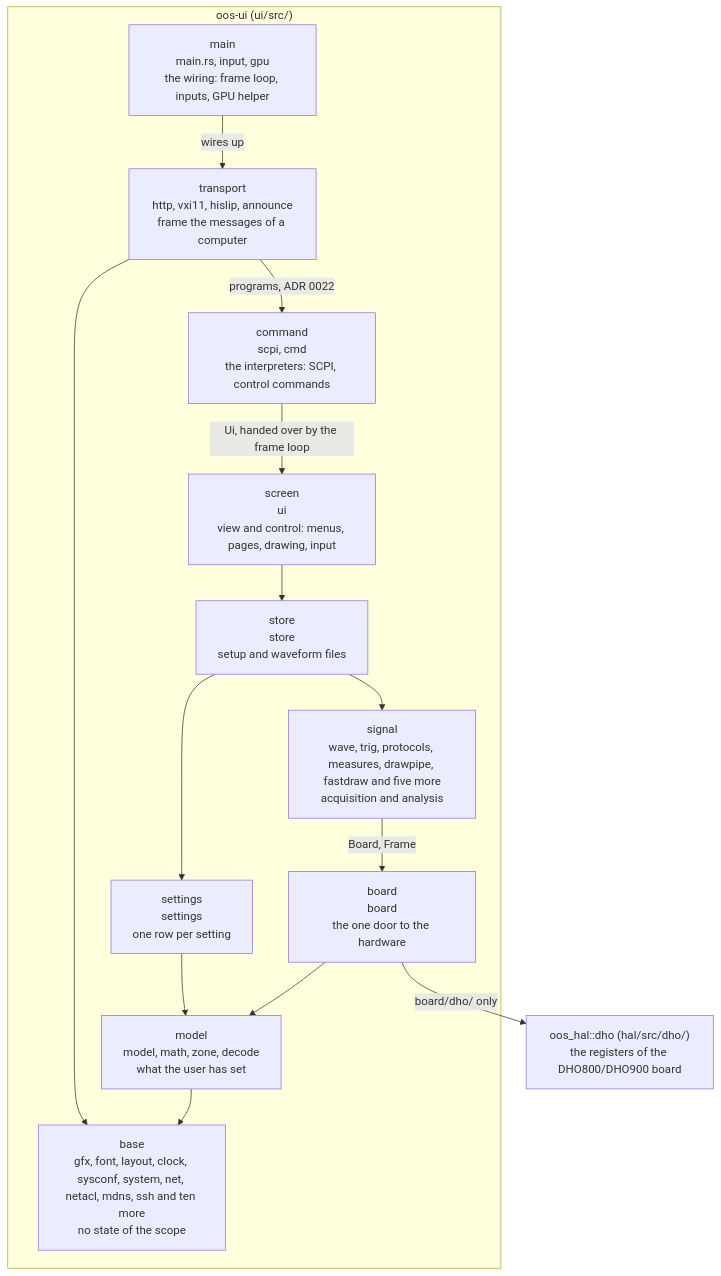
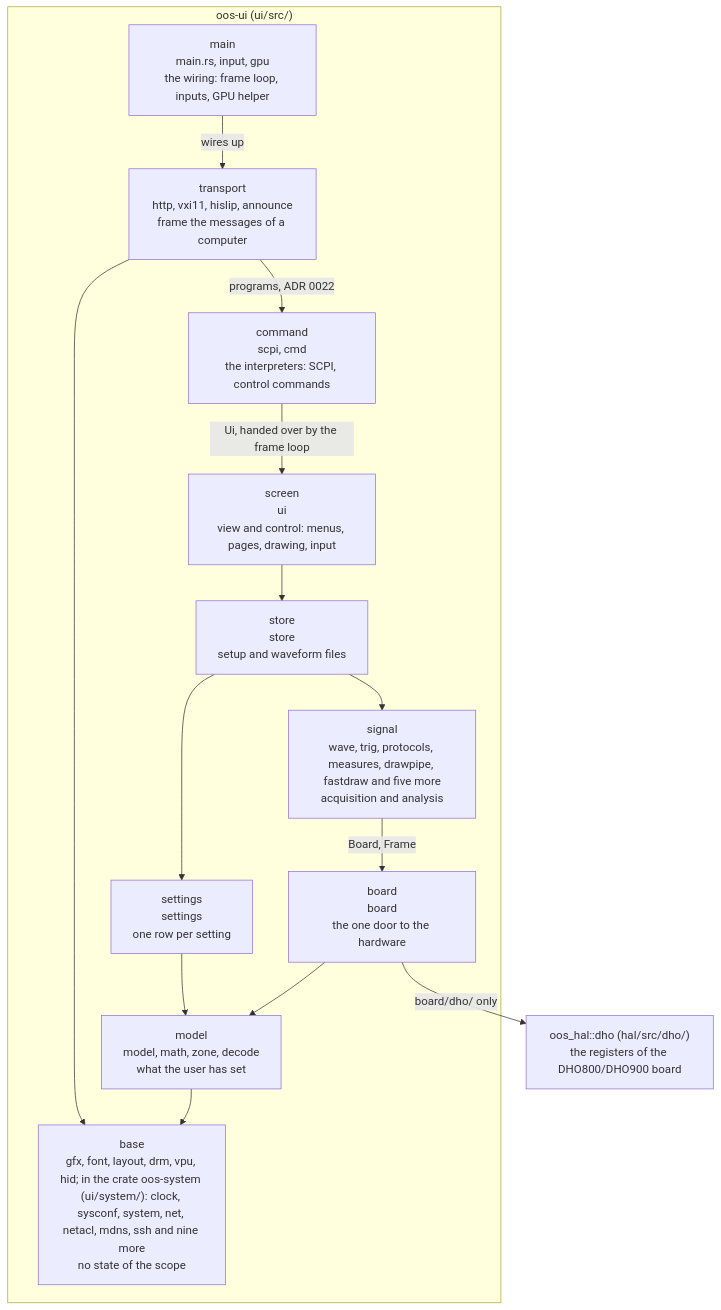
The fourth of 4 diagrams in docs/architecture.md (deckerjulian/oos), drawn with Mermaid before and after one commit. The commit also changed other lines of this file and 47 other files, not shown here.

````diff
--- a/docs/architecture.md
+++ b/docs/architecture.md
@@ -205,28 +215,28 @@
 ```mermaid
 flowchart TB
     subgraph uiL["oos-ui (ui/src/)"]
         main["main<br/>main.rs, input, gpu<br/>the wiring: frame loop, inputs, GPU helper"]
         transport["transport<br/>http, vxi11, hislip, announce<br/>frame the messages of a computer"]
         command["command<br/>scpi, cmd<br/>the interpreters: SCPI, control commands"]
         screen["screen<br/>ui<br/>view and control: menus, pages, drawing, input"]
         store["store<br/>store<br/>setup and waveform files"]
         signal["signal<br/>wave, trig, protocols, measures, drawpipe, fastdraw and five more<br/>acquisition and analysis"]
         settings["settings<br/>settings<br/>one row per setting"]
         board["board<br/>board<br/>the one door to the hardware"]
         model["model<br/>model, math, zone, decode<br/>what the user has set"]
-        base["base<br/>gfx, font, layout, clock, sysconf, system, net, netacl, mdns, ssh and ten more<br/>no state of the scope"]
+        base["base<br/>gfx, font, layout, drm, vpu, hid; in the crate oos-system (ui/system/): clock, sysconf, system, net, netacl, mdns, ssh and nine more<br/>no state of the scope"]
     end
     hal["oos_hal::dho (hal/src/dho/)<br/>the registers of the DHO800/DHO900 board"]
     main -- "wires up" --> transport
     transport -- "programs, ADR 0022" --> command
     transport --> base
     command -- "Ui, handed over by the frame loop" --> screen
     screen --> store
     store --> signal
     store --> settings
     signal -- "Board, Frame" --> board
     settings --> model
     board --> model
     model --> base
     board -- "board/dho/ only" --> hal
 ```
````
